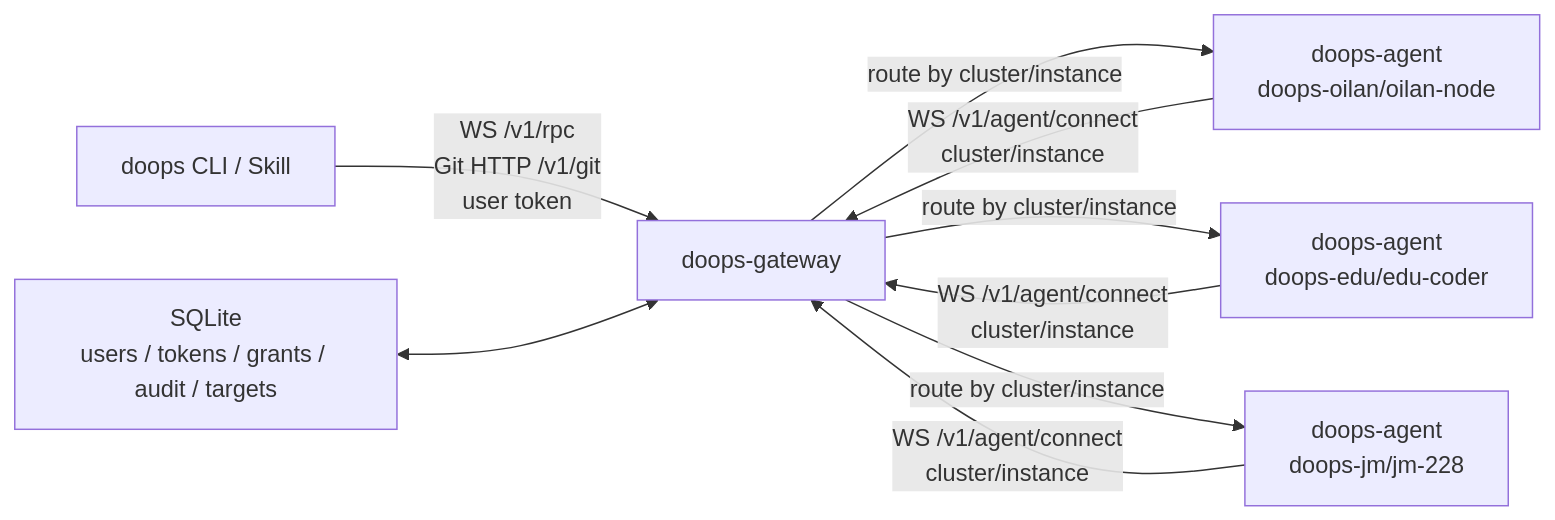
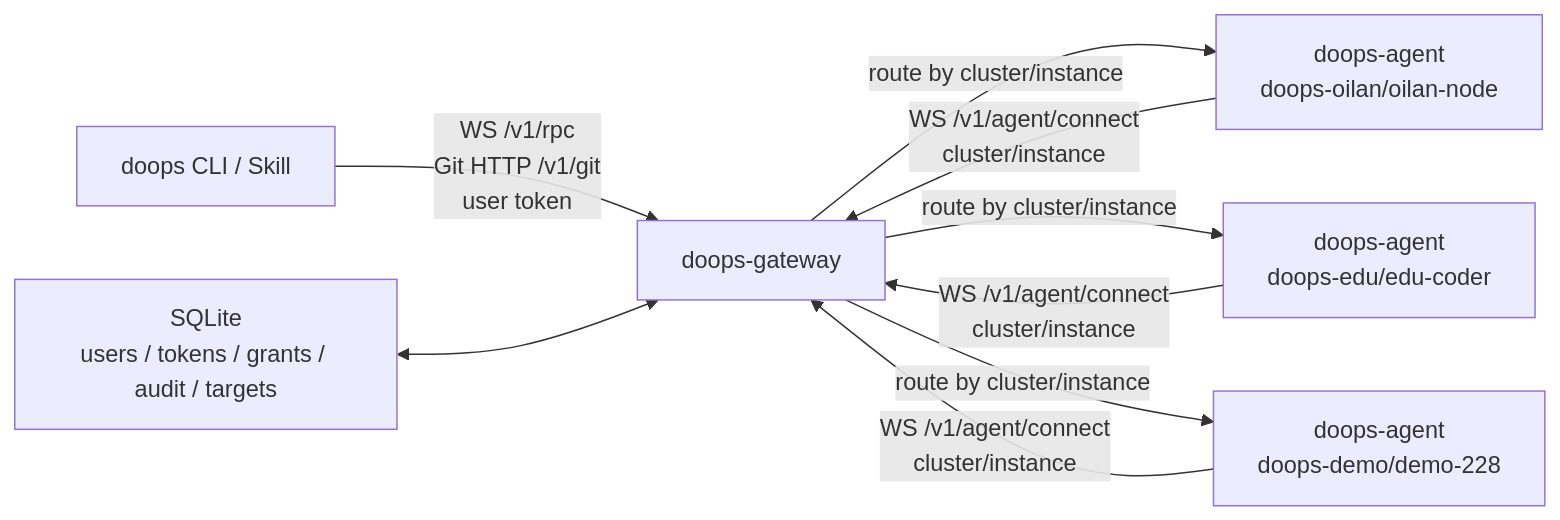
Before and after one commit to symansun/doops: the first of 2 diagrams in backend/docs/DOOPS_GATEWAY_TUNNEL.md, drawn with Mermaid. The commit also changed other lines of this file and 28 other files, not shown here.

````diff
--- a/backend/docs/DOOPS_GATEWAY_TUNNEL.md
+++ b/backend/docs/DOOPS_GATEWAY_TUNNEL.md
@@ -8,12 +8,12 @@
 ```mermaid
 flowchart LR
     CLI["doops CLI / Skill"] -->|"WS /v1/rpc\nGit HTTP /v1/git\nuser token"| GW["doops-gateway"]
     AG1["doops-agent\ndoops-oilan/oilan-node"] -->|"WS /v1/agent/connect\ncluster/instance"| GW
     AG2["doops-agent\ndoops-edu/edu-coder"] -->|"WS /v1/agent/connect\ncluster/instance"| GW
-    AG3["doops-agent\ndoops-jm/jm-228"] -->|"WS /v1/agent/connect\ncluster/instance"| GW
+    AG3["doops-agent\ndoops-demo/demo-228"] -->|"WS /v1/agent/connect\ncluster/instance"| GW
     DB["SQLite\nusers / tokens / grants / audit / targets"] <--> GW
 
     GW -->|"route by cluster/instance"| AG1
     GW -->|"route by cluster/instance"| AG2
     GW -->|"route by cluster/instance"| AG3
 ```
````
